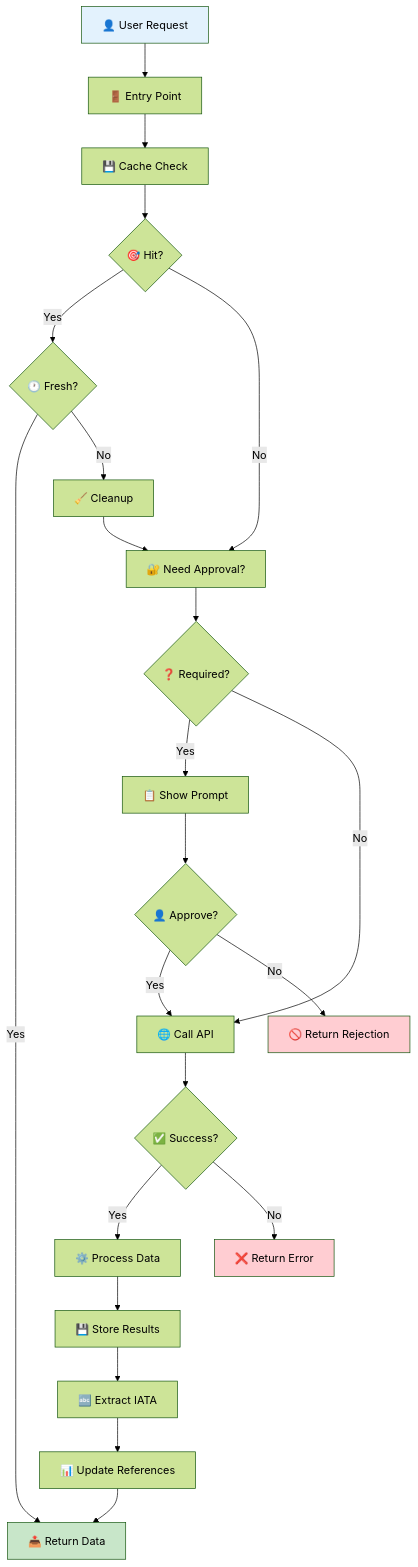
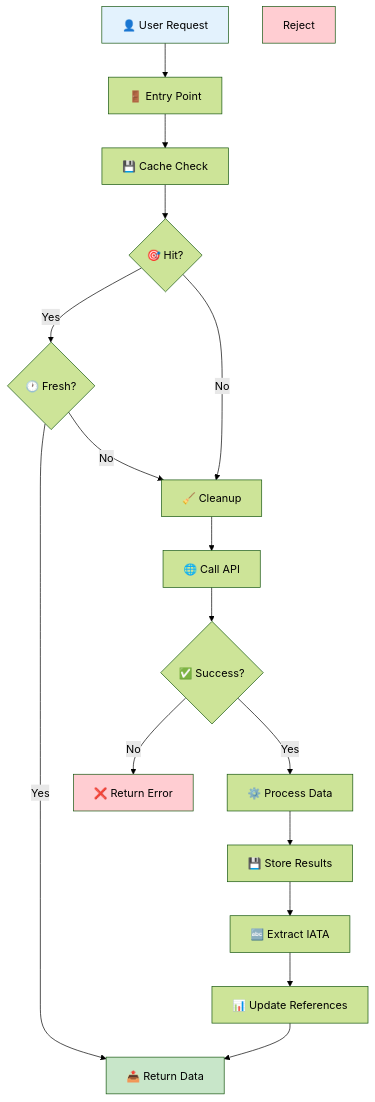
Diagram 11 of 12 in MD/FUNCTION_FLOWCHARTS.md (samuelarosario/SerpAPI-GPT5), drawn with Mermaid (forest theme) before and after one commit. The commit also changed other lines of this file and 1 other file, not shown here.

Commit message:
docs: remove deprecated approval/analyzer flows and add deprecation notes (Sept 2025)

````diff
--- a/MD/FUNCTION_FLOWCHARTS.md
+++ b/MD/FUNCTION_FLOWCHARTS.md
@@ -423,31 +373,23 @@
 ```mermaid
 graph TD
     User[👤 User Request] --> Entry[🚪 Entry Point]
     Entry --> Cache[💾 Cache Check]
     Cache --> CacheHit{🎯 Hit?}
     CacheHit -->|Yes| Fresh{🕐 Fresh?}
     Fresh -->|Yes| Return[📤 Return Data]
     Fresh -->|No| Clean[🧹 Cleanup]
-    CacheHit -->|No| Approval[🔐 Need Approval?]
-    Clean --> Approval
-    
-    Approval --> Required{❓ Required?}
-    Required -->|Yes| Prompt[📋 Show Prompt]
-    Required -->|No| API[🌐 Call API]
-    Prompt --> Decision{👤 Approve?}
-    Decision -->|Yes| API
-    Decision -->|No| Reject[🚫 Return Rejection]
-    
+  CacheHit -->|No| Clean[🧹 Cleanup]
+  Clean --> API[🌐 Call API]
     API --> Success{✅ Success?}
     Success -->|Yes| Process[⚙️ Process Data]
-    Success -->|No| Error[❌ Return Error]
-    Process --> Store[💾 Store Results]
-    Store --> Extract[🔤 Extract IATA]
-    Extract --> UpdateRef[📊 Update References]
-    UpdateRef --> Return
+  Success -->|No| Error[❌ Return Error]
+  Process --> Store[💾 Store Results]
+  Store --> Extract[🔤 Extract IATA]
+  Extract --> UpdateRef[📊 Update References]
+  UpdateRef --> Return
     
     style User fill:#e3f2fd
     style Return fill:#c8e6c9
     style Error fill:#ffcdd2
     style Reject fill:#ffcdd2
 ```
````
